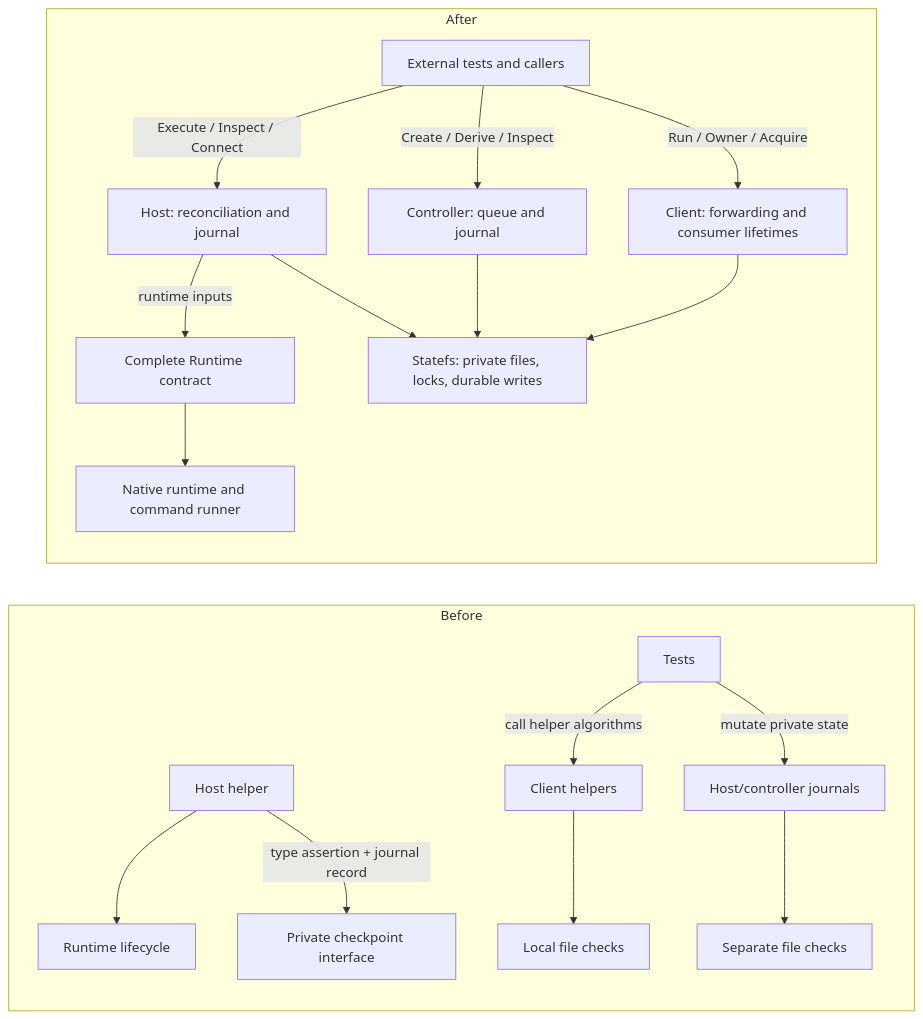
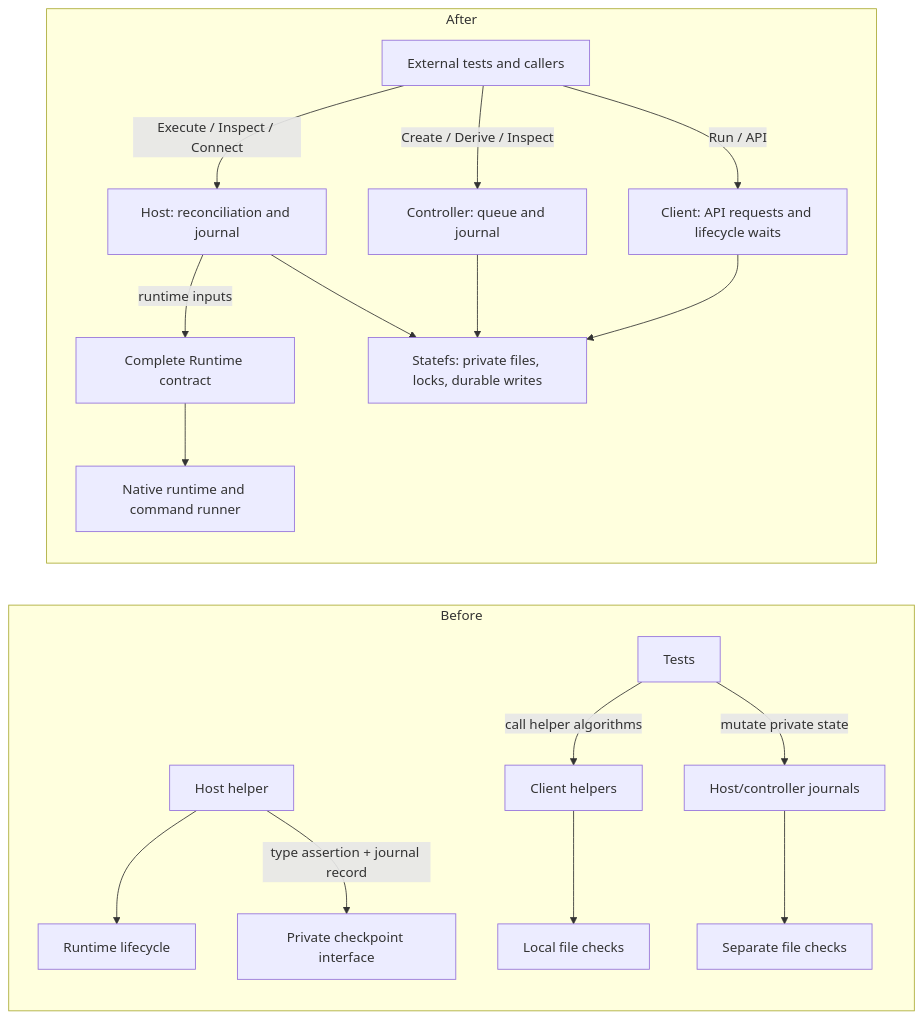
The diagram in docs/module-contracts.md (gjermundgaraba/clankerbox), drawn with Mermaid before and after one commit. The commit also changed other lines of this file and 63 other files, not shown here.

Commit message:
Retire client SSH and forwarding; keep controller-owned sessions

````diff
--- a/docs/module-contracts.md
+++ b/docs/module-contracts.md
@@ -15,21 +15,21 @@
 ```mermaid
 flowchart LR
   subgraph Before
     T[Tests] -->|mutate private state| J[Host/controller journals]
     T -->|call helper algorithms| C[Client helpers]
     H[Host helper] --> R[Runtime lifecycle]
     H -->|type assertion + journal record| X[Private checkpoint interface]
     C --> F[Local file checks]
     J --> G[Separate file checks]
   end
   subgraph After
-    E[External tests and callers] -->|Run / Owner / Acquire| CL[Client: forwarding and consumer lifetimes]
+    E[External tests and callers] -->|Run / API| CL[Client: API requests and lifecycle waits]
     E -->|Create / Derive / Inspect| CO[Controller: queue and journal]
     E -->|Execute / Inspect / Connect| HO[Host: reconciliation and journal]
     HO -->|runtime inputs| RT[Complete Runtime contract]
     RT --> NR[Native runtime and command runner]
     CL --> SF[Statefs: private files, locks, durable writes]
     CO --> SF
     HO --> SF
   end
 ```
````
